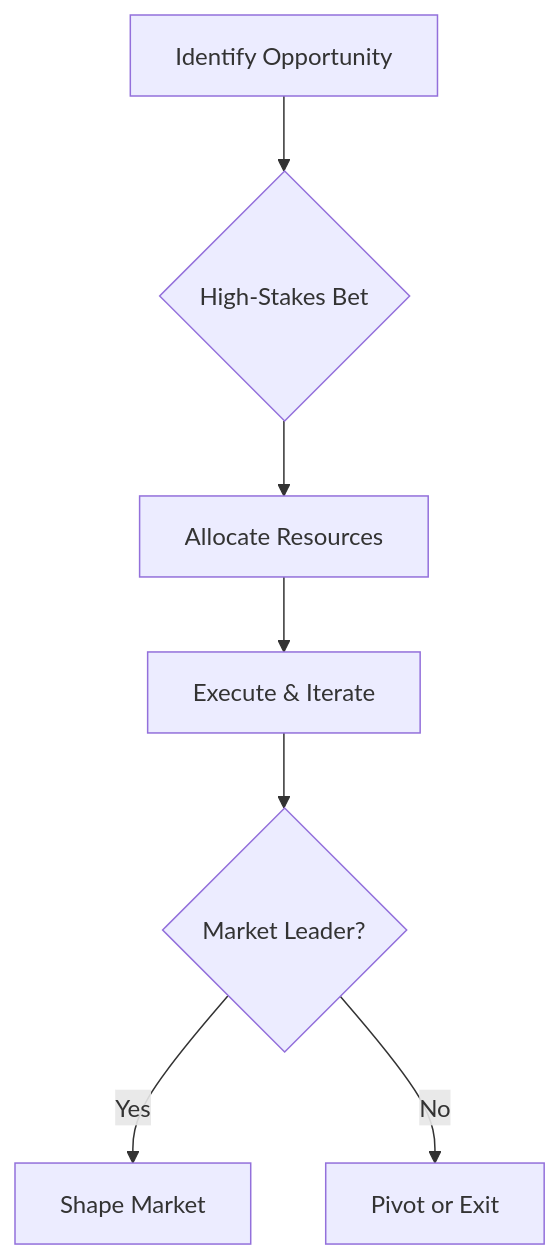
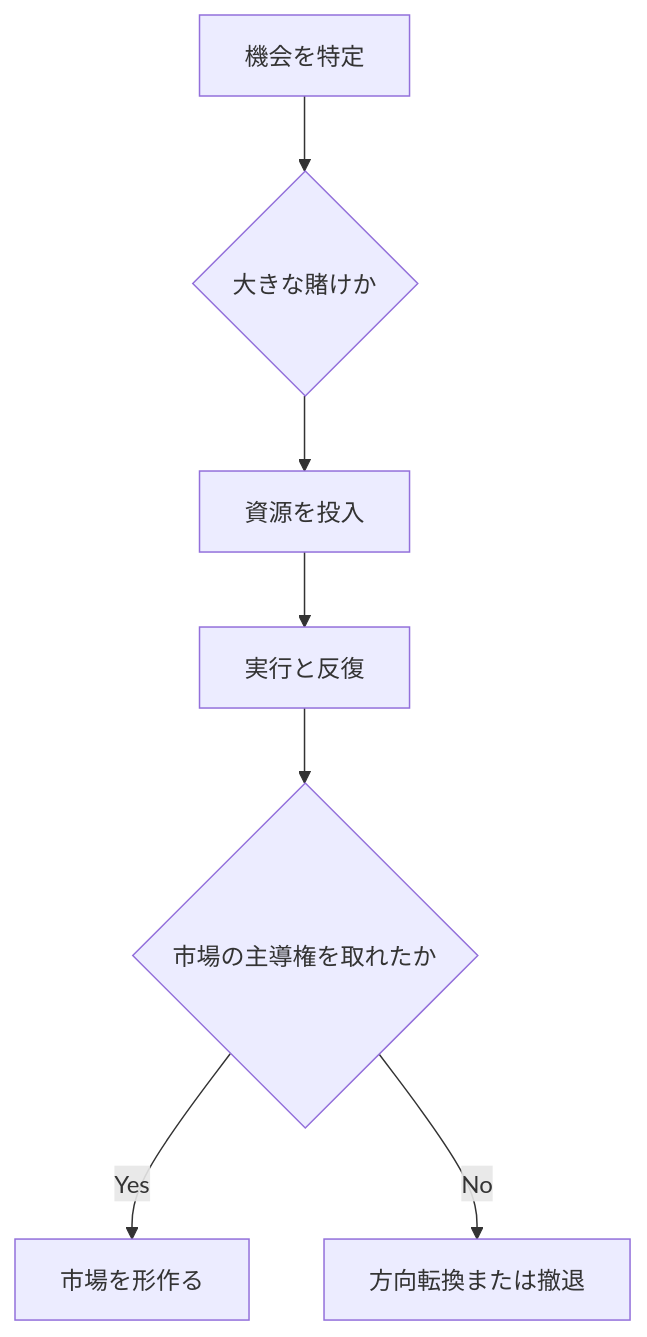
The diagram in docs/strategies/attacking/directed-investment/index.md (wardley-leadership-strategies-ja/wardley-leadership-strategies-ja.github.io), drawn with Mermaid before and after one commit. The commit also changed other lines of this file and 4 other files, not shown here.

````diff
--- a/docs/strategies/attacking/directed-investment/index.md
+++ b/docs/strategies/attacking/directed-investment/index.md
@@ -75,9 +74,9 @@
 ```mermaid
 flowchart TD
-    A[Identify Opportunity] --> B{High-Stakes Bet};
-    B --> C[Allocate Resources];
-    C --> D[Execute & Iterate];
-    D --> E{Market Leader?};
-    E -- Yes --> F[Shape Market];
-    E -- No --> G[Pivot or Exit];
+    A[機会を特定] --> B{大きな賭けか}
+    B --> C[資源を投入]
+    C --> D[実行と反復]
+    D --> E{市場の主導権を取れたか}
+    E -- Yes --> F[市場を形作る]
+    E -- No --> G[方向転換または撤退]
 ```
````
